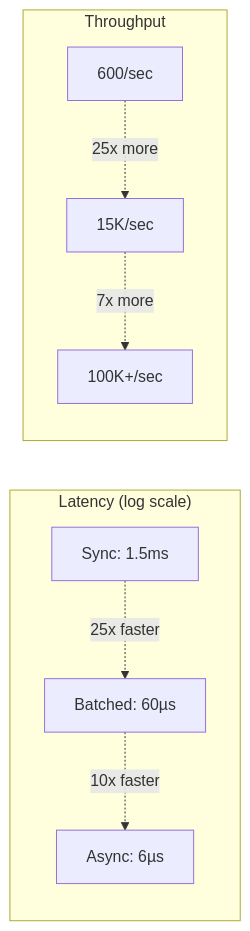
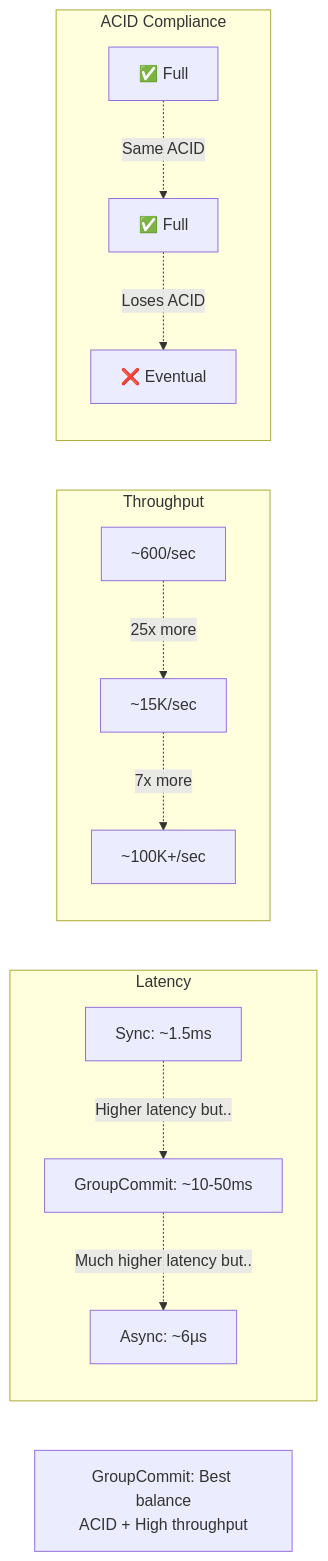
Before and after one commit to autumn-foundation/AletheiaDB: diagram 12 of 14 in docs/architecture/durability-modes.md, drawn with Mermaid. The commit also changed other lines of this file, not shown here.

First line of the commit message:
docs: Update durability-modes.md to reflect GroupCommit implementation

````diff
--- a/docs/architecture/durability-modes.md
+++ b/docs/architecture/durability-modes.md
@@ -261,20 +424,31 @@
 ```mermaid
 graph LR
-    subgraph "Latency (log scale)"
-        SYNC_L[Sync: 1.5ms]
-        BATCH_L[Batched: 60µs]
-        ASYNC_L[Async: 6µs]
+    subgraph "Latency"
+        SYNC_L[Sync: ~1.5ms]
+        GC_L[GroupCommit: ~10-50ms]
+        ASYNC_L[Async: ~6µs]
     end
 
     subgraph "Throughput"
-        SYNC_T[600/sec]
-        BATCH_T[15K/sec]
-        ASYNC_T[100K+/sec]
+        SYNC_T[~600/sec]
+        GC_T[~15K/sec]
+        ASYNC_T[~100K+/sec]
     end
 
-    SYNC_L -.->|25x faster| BATCH_L
-    BATCH_L -.->|10x faster| ASYNC_L
+    subgraph "ACID Compliance"
+        SYNC_A[✅ Full]
+        GC_A[✅ Full]
+        ASYNC_A[❌ Eventual]
+    end
 
-    SYNC_T -.->|25x more| BATCH_T
-    BATCH_T -.->|7x more| ASYNC_T
+    SYNC_L -.->|Higher latency but..| GC_L
+    GC_L -.->|Much higher latency but..| ASYNC_L
+
+    SYNC_T -.->|25x more| GC_T
+    GC_T -.->|7x more| ASYNC_T
+
+    SYNC_A -.->|Same ACID| GC_A
+    GC_A -.->|Loses ACID| ASYNC_A
+
+    Note[GroupCommit: Best balance<br/>ACID + High throughput]
 ```
````
